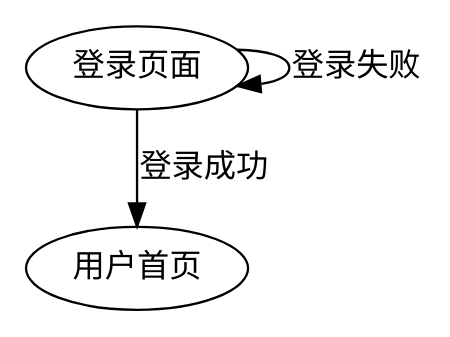
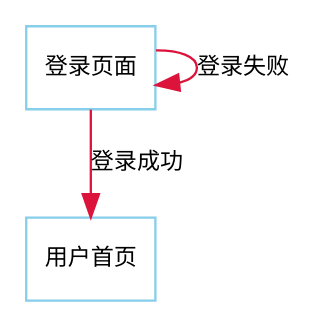
One commit to keeword/ResPlat changed the diagram in docs/flow/login.dot. Above: the diagram before and after it, drawn with Graphviz. The commit also changed 8 other files, not shown here.

```diff
--- a/docs/flow/login.dot
+++ b/docs/flow/login.dot
@@ -1,12 +1,15 @@
 digraph login {
 rankdir=TB;
 fontname = "SimHei";
 fontsize = 12;       
+
+node [fontname = "SimHei", fontsize = 10, color="skyblue", shape="box"];
+edge [fontname = "SimHei", fontsize = 10, color="crimson", style="solid"];
 
 login_page [label="登录页面"];
 index_page [label="用户首页"];
 
 login_page -> index_page [label="登录成功"];
 login_page -> login_page [label="登录失败"];
 
 }
```
